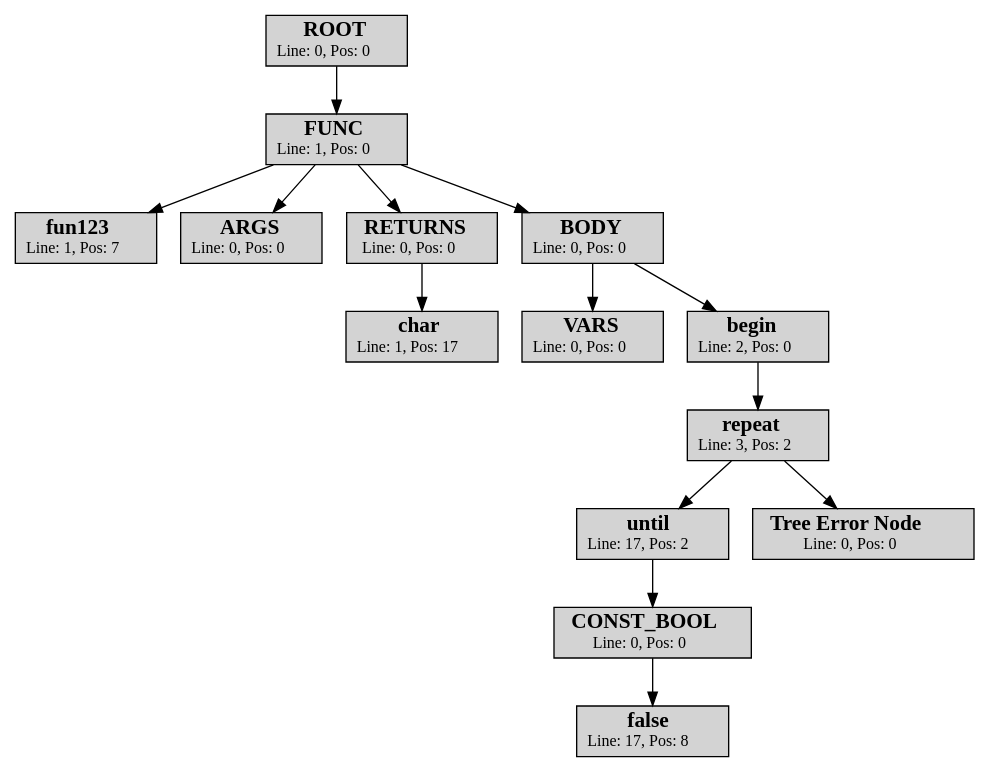
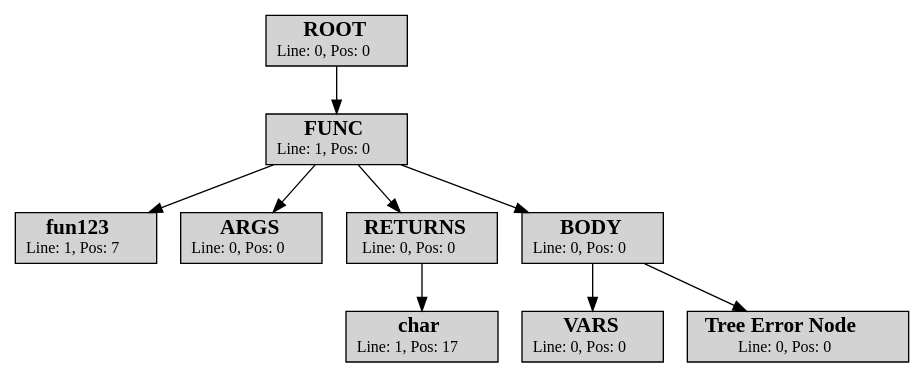
Before and after one commit to klephron/itmo: the diagram in Year-5/System-software/lab-1/io/output.dot, drawn with Graphviz. The commit also changed 5 other files, not shown here.

```diff
--- a/Year-5/System-software/lab-1/io/output.dot
+++ b/Year-5/System-software/lab-1/io/output.dot
@@ -1,30 +1,20 @@
 strict digraph AST{
 node [shape=rect, style=filled]
 id_1[label=< <FONT POINT-SIZE="16"><b>ROOT</b></FONT><br/><FONT POINT-SIZE="12">Line: 0, Pos: 0</FONT> >]
 id_2[label=< <FONT POINT-SIZE="16"><b>FUNC</b></FONT><br/><FONT POINT-SIZE="12">Line: 1, Pos: 0</FONT> >]
 id_3[label=< <FONT POINT-SIZE="16"><b>fun123</b></FONT><br/><FONT POINT-SIZE="12">Line: 1, Pos: 7</FONT> >]
 id_4[label=< <FONT POINT-SIZE="16"><b>ARGS</b></FONT><br/><FONT POINT-SIZE="12">Line: 0, Pos: 0</FONT> >]
 id_5[label=< <FONT POINT-SIZE="16"><b>RETURNS</b></FONT><br/><FONT POINT-SIZE="12">Line: 0, Pos: 0</FONT> >]
 id_6[label=< <FONT POINT-SIZE="16"><b>char</b></FONT><br/><FONT POINT-SIZE="12">Line: 1, Pos: 17</FONT> >]
 id_7[label=< <FONT POINT-SIZE="16"><b>BODY</b></FONT><br/><FONT POINT-SIZE="12">Line: 0, Pos: 0</FONT> >]
 id_8[label=< <FONT POINT-SIZE="16"><b>VARS</b></FONT><br/><FONT POINT-SIZE="12">Line: 0, Pos: 0</FONT> >]
-id_9[label=< <FONT POINT-SIZE="16"><b>begin</b></FONT><br/><FONT POINT-SIZE="12">Line: 2, Pos: 0</FONT> >]
-id_10[label=< <FONT POINT-SIZE="16"><b>repeat</b></FONT><br/><FONT POINT-SIZE="12">Line: 3, Pos: 2</FONT> >]
-id_11[label=< <FONT POINT-SIZE="16"><b>until</b></FONT><br/><FONT POINT-SIZE="12">Line: 17, Pos: 2</FONT> >]
-id_12[label=< <FONT POINT-SIZE="16"><b>CONST_BOOL</b></FONT><br/><FONT POINT-SIZE="12">Line: 0, Pos: 0</FONT> >]
-id_13[label=< <FONT POINT-SIZE="16"><b>false</b></FONT><br/><FONT POINT-SIZE="12">Line: 17, Pos: 8</FONT> >]
-id_14[label=< <FONT POINT-SIZE="16"><b>Tree Error Node</b></FONT><br/><FONT POINT-SIZE="12">Line: 0, Pos: 0</FONT> >]
+id_9[label=< <FONT POINT-SIZE="16"><b>Tree Error Node</b></FONT><br/><FONT POINT-SIZE="12">Line: 0, Pos: 0</FONT> >]
 id_2 -> id_3
 id_2 -> id_4
 id_5 -> id_6
 id_2 -> id_5
 id_7 -> id_8
-id_12 -> id_13
-id_11 -> id_12
-id_10 -> id_11
-id_10 -> id_14
-id_9 -> id_10
 id_7 -> id_9
 id_2 -> id_7
 id_1 -> id_2
 }
```
